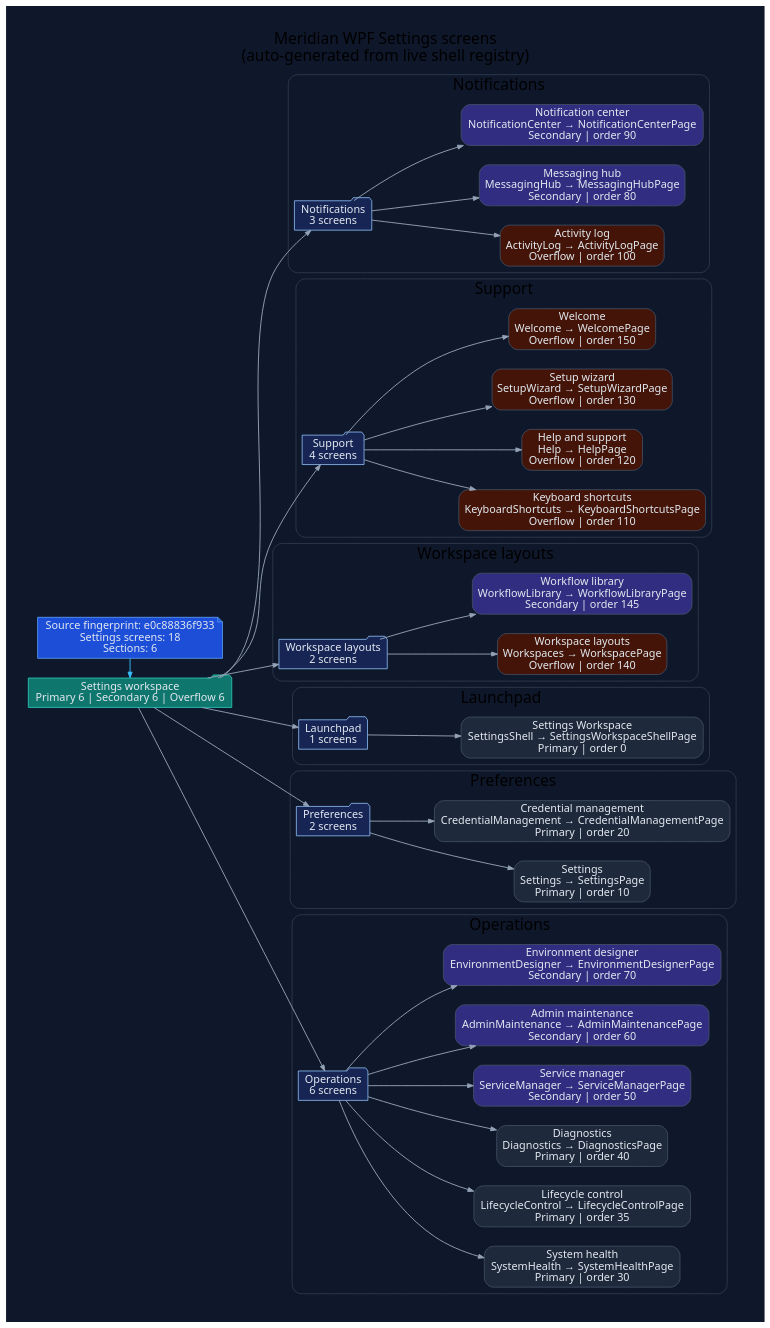
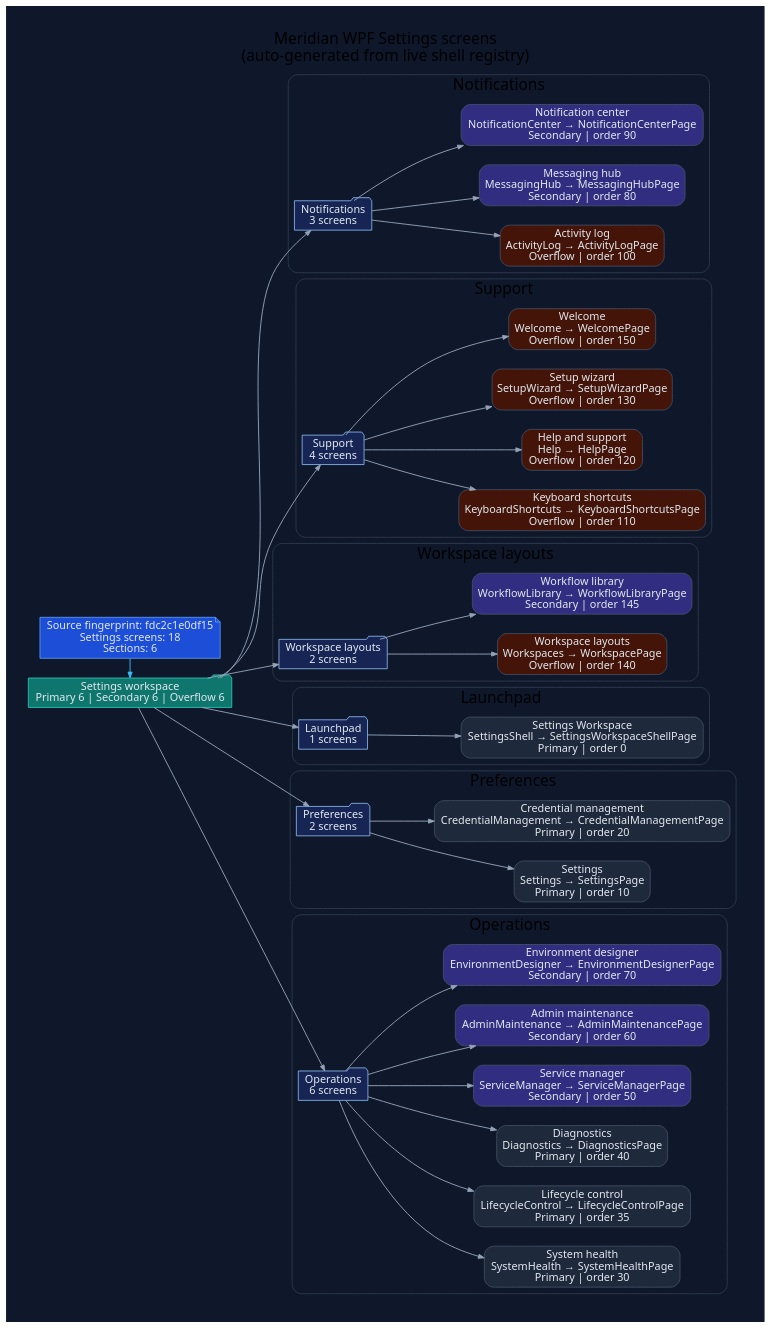
One commit to rodoHasArrived/Meridian-main changed the diagram in docs/diagrams/ui-wpf-screens-settings.dot. Above: the diagram before and after it, drawn with Graphviz. The commit also changed 187 other files, not shown here.

```diff
--- a/docs/diagrams/ui-wpf-screens-settings.dot
+++ b/docs/diagrams/ui-wpf-screens-settings.dot
@@ -1,110 +1,110 @@
 // -----------------------------------------------------------------------------
 // <auto-generated>
 // Generated by scripts/generate-diagrams.mjs.
 // Do not edit this file directly; update the WPF source files instead.
 // -----------------------------------------------------------------------------
 digraph WpfSettingsScreens {
   graph [
     rankdir=LR,
     labelloc=t,
     label="Meridian WPF Settings screens\n(auto-generated from live shell registry)",
     fontname="Segoe UI",
     fontsize=20,
     pad=0.4,
     nodesep=0.35,
     ranksep=0.85,
     bgcolor="#0f172a"
   ];
   node [fontname="Segoe UI", shape=box, style="rounded,filled", color="#475569", fontcolor="#e2e8f0", fillcolor="#1e293b"];
   edge [fontname="Segoe UI", color="#94a3b8", penwidth=1.2, arrowsize=0.75];
 
-  generated [shape=note, fillcolor="#1d4ed8", color="#60a5fa", label="Source fingerprint: e0c88836f933\nSettings screens: 18\nSections: 6"];
+  generated [shape=note, fillcolor="#1d4ed8", color="#60a5fa", label="Source fingerprint: fdc2c1e0df15\nSettings screens: 18\nSections: 6"];
   workspace [shape=folder, fillcolor="#0f766e", color="#2dd4bf", label="Settings workspace\nPrimary 6 | Secondary 6 | Overflow 6"];
   generated -> workspace [color="#38bdf8"];
 
   subgraph cluster_section_1 {
     label="Notifications";
     color="#334155";
     style="rounded";
     section_1 [shape=folder, fillcolor="#172554", color="#93c5fd", label="Notifications\n3 screens"];
     workspace -> section_1;
     screen_ActivityLog [fillcolor="#431407", label="Activity log\nActivityLog → ActivityLogPage\nOverflow | order 100"];
     section_1 -> screen_ActivityLog;
     screen_MessagingHub [fillcolor="#312e81", label="Messaging hub\nMessagingHub → MessagingHubPage\nSecondary | order 80"];
     section_1 -> screen_MessagingHub;
     screen_NotificationCenter [fillcolor="#312e81", label="Notification center\nNotificationCenter → NotificationCenterPage\nSecondary | order 90"];
     section_1 -> screen_NotificationCenter;
   }
 
   subgraph cluster_section_2 {
     label="Support";
     color="#334155";
     style="rounded";
     section_2 [shape=folder, fillcolor="#172554", color="#93c5fd", label="Support\n4 screens"];
     workspace -> section_2;
     screen_KeyboardShortcuts [fillcolor="#431407", label="Keyboard shortcuts\nKeyboardShortcuts → KeyboardShortcutsPage\nOverflow | order 110"];
     section_2 -> screen_KeyboardShortcuts;
     screen_Help [fillcolor="#431407", label="Help and support\nHelp → HelpPage\nOverflow | order 120"];
     section_2 -> screen_Help;
     screen_SetupWizard [fillcolor="#431407", label="Setup wizard\nSetupWizard → SetupWizardPage\nOverflow | order 130"];
     section_2 -> screen_SetupWizard;
     screen_Welcome [fillcolor="#431407", label="Welcome\nWelcome → WelcomePage\nOverflow | order 150"];
     section_2 -> screen_Welcome;
   }
 
   subgraph cluster_section_3 {
     label="Workspace layouts";
     color="#334155";
     style="rounded";
     section_3 [shape=folder, fillcolor="#172554", color="#93c5fd", label="Workspace layouts\n2 screens"];
     workspace -> section_3;
     screen_Workspaces [fillcolor="#431407", label="Workspace layouts\nWorkspaces → WorkspacePage\nOverflow | order 140"];
     section_3 -> screen_Workspaces;
     screen_WorkflowLibrary [fillcolor="#312e81", label="Workflow library\nWorkflowLibrary → WorkflowLibraryPage\nSecondary | order 145"];
     section_3 -> screen_WorkflowLibrary;
   }
 
   subgraph cluster_section_4 {
     label="Launchpad";
     color="#334155";
     style="rounded";
     section_4 [shape=folder, fillcolor="#172554", color="#93c5fd", label="Launchpad\n1 screens"];
     workspace -> section_4;
     screen_SettingsShell [fillcolor="#1e293b", label="Settings Workspace\nSettingsShell → SettingsWorkspaceShellPage\nPrimary | order 0"];
     section_4 -> screen_SettingsShell;
   }
 
   subgraph cluster_section_5 {
     label="Preferences";
     color="#334155";
     style="rounded";
     section_5 [shape=folder, fillcolor="#172554", color="#93c5fd", label="Preferences\n2 screens"];
     workspace -> section_5;
     screen_Settings [fillcolor="#1e293b", label="Settings\nSettings → SettingsPage\nPrimary | order 10"];
     section_5 -> screen_Settings;
     screen_CredentialManagement [fillcolor="#1e293b", label="Credential management\nCredentialManagement → CredentialManagementPage\nPrimary | order 20"];
     section_5 -> screen_CredentialManagement;
   }
 
   subgraph cluster_section_6 {
     label="Operations";
     color="#334155";
     style="rounded";
     section_6 [shape=folder, fillcolor="#172554", color="#93c5fd", label="Operations\n6 screens"];
     workspace -> section_6;
     screen_SystemHealth [fillcolor="#1e293b", label="System health\nSystemHealth → SystemHealthPage\nPrimary | order 30"];
     section_6 -> screen_SystemHealth;
     screen_LifecycleControl [fillcolor="#1e293b", label="Lifecycle control\nLifecycleControl → LifecycleControlPage\nPrimary | order 35"];
     section_6 -> screen_LifecycleControl;
     screen_Diagnostics [fillcolor="#1e293b", label="Diagnostics\nDiagnostics → DiagnosticsPage\nPrimary | order 40"];
     section_6 -> screen_Diagnostics;
     screen_ServiceManager [fillcolor="#312e81", label="Service manager\nServiceManager → ServiceManagerPage\nSecondary | order 50"];
     section_6 -> screen_ServiceManager;
     screen_AdminMaintenance [fillcolor="#312e81", label="Admin maintenance\nAdminMaintenance → AdminMaintenancePage\nSecondary | order 60"];
     section_6 -> screen_AdminMaintenance;
     screen_EnvironmentDesigner [fillcolor="#312e81", label="Environment designer\nEnvironmentDesigner → EnvironmentDesignerPage\nSecondary | order 70"];
     section_6 -> screen_EnvironmentDesigner;
   }
 
   { rank=min; generated; workspace; }
 }
```
